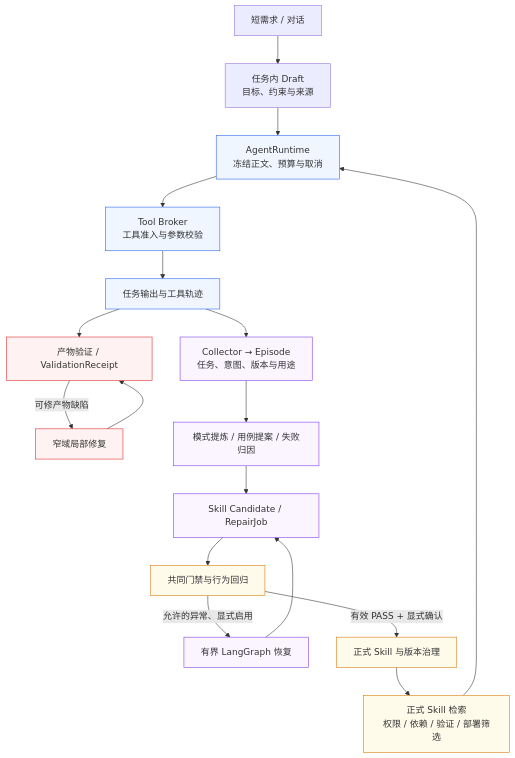
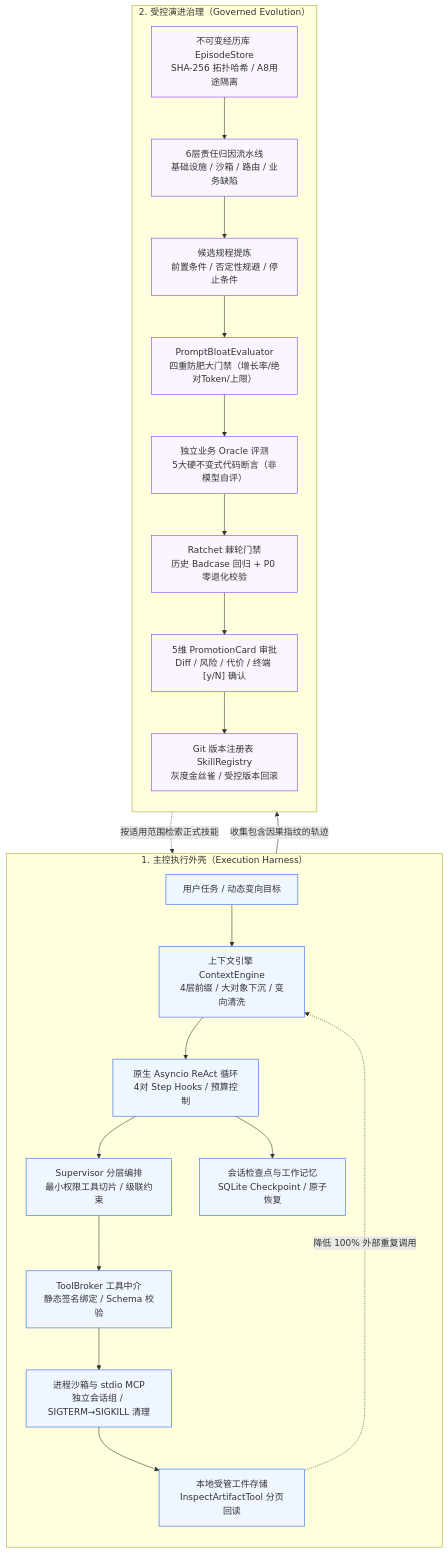
Before and after one commit to SuperGODOG/skillforge: the diagram in README.md, drawn with Mermaid. The commit also changed other lines of this file and 41 other files, not shown here.

````diff
--- a/README.md
+++ b/README.md
@@ -81,30 +70,33 @@
 ```mermaid
 flowchart TB
-    Q["短需求 / 对话"] --> D["任务内 Draft<br/>目标、约束与来源"]
-    F["正式 Skill 检索<br/>权限 / 依赖 / 验证 / 部署筛选"] --> R
-    D --> R["AgentRuntime<br/>冻结正文、预算与取消"]
-    R --> B["Tool Broker<br/>工具准入与参数校验"]
-    B --> A["任务输出与工具轨迹"]
+    subgraph Harness[" 1. 主控执行外壳（Execution Harness） "]
+        direction TB
+        Task["用户任务 / 动态变向目标"] --> CE["上下文引擎 ContextEngine<br/>4层前缀 / 大对象下沉 / 变向清洗"]
+        CE --> Loop["原生 Asyncio ReAct 循环<br/>4对 Step Hooks / 预算控制"]
+        Loop --> Sup["Supervisor 分层编排<br/>最小权限工具切片 / 级联约束"]
+        Sup --> Broker["ToolBroker 工具中介<br/>静态签名绑定 / Schema 校验"]
+        Broker --> Exec["进程沙箱与 stdio MCP<br/>独立会话组 / SIGTERM→SIGKILL 清理"]
+        Exec --> Artifacts["本地受管工件存储<br/>InspectArtifactTool 分页回读"]
+        Artifacts -.->|降低 100% 外部重复调用| CE
+        Loop --> State["会话检查点与工作记忆<br/>SQLite Checkpoint / 原子恢复"]
+    end
 
-    A --> V["产物验证 / ValidationReceipt"]
-    V -->|可修产物缺陷| N["窄域局部修复"]
-    N --> V
+    subgraph Evolution[" 2. 受控演进治理（Governed Evolution） "]
+        direction TB
+        Loop -->|收集包含因果指纹的轨迹| EpStore["不可变经历库 EpisodeStore<br/>SHA-256 拓扑哈希 / A8用途隔离"]
+        EpStore --> Attr["6层责任归因流水线<br/>基础设施 / 沙箱 / 路由 / 业务缺陷"]
+        Attr --> Mine["候选规程提炼<br/>前置条件 / 否定性规避 / 停止条件"]
+        Mine --> BloatGate["PromptBloatEvaluator<br/>四重防肥大门禁（增长率/绝对Token/上限）"]
+        BloatGate --> Oracle["独立业务 Oracle 评测<br/>5大硬不变式代码断言（非模型自评）"]
+        Oracle --> Ratchet["Ratchet 棘轮门禁<br/>历史 Badcase 回归 + P0 零退化校验"]
+        Ratchet --> Card["5维 PromotionCard 审批<br/>Diff / 风险 / 代价 / 终端 [y/N] 确认"]
+        Card --> Reg["Git 版本注册表 SkillRegistry<br/>灰度金丝雀 / 受控版本回滚"]
+    end
 
-    A --> E["Collector → Episode<br/>任务、意图、版本与用途"]
-    E --> M["模式提炼 / 用例提案 / 失败归因"]
-    M --> C["Skill Candidate / RepairJob"]
-    C --> G["共同门禁与行为回归"]
-    G -->|允许的异常、显式启用| L["有界 LangGraph 恢复"]
-    L --> C
-    G -->|有效 PASS + 显式确认| P["正式 Skill 与版本治理"]
-    P --> F
+    Reg -.->|按适用范围检索正式技能| Sup
 
-    classDef run fill:#eff6ff,stroke:#2563eb;
-    classDef repair fill:#fef2f2,stroke:#dc2626;
-    classDef learn fill:#faf5ff,stroke:#7c3aed;
-    classDef gate fill:#fffbeb,stroke:#d97706;
-    class R,B,A run;
-    class V,N repair;
-    class E,M,C,L learn;
-    class G,P,F gate;
+    classDef harness fill:#eff6ff,stroke:#2563eb;
+    classDef evo fill:#faf5ff,stroke:#7c3aed;
+    class Task,CE,Loop,Sup,Broker,Exec,Artifacts,State harness;
+    class EpStore,Attr,Mine,BloatGate,Oracle,Ratchet,Card,Reg evo;
 ```
````
